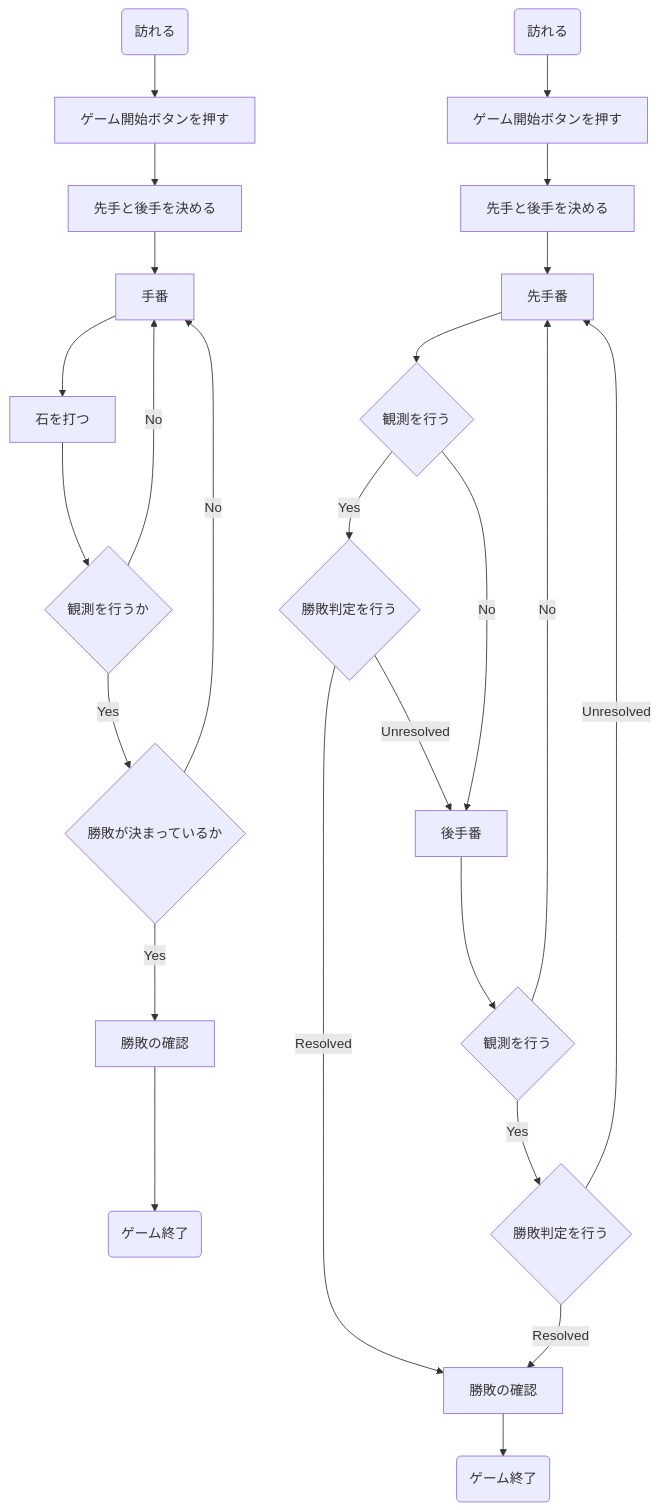
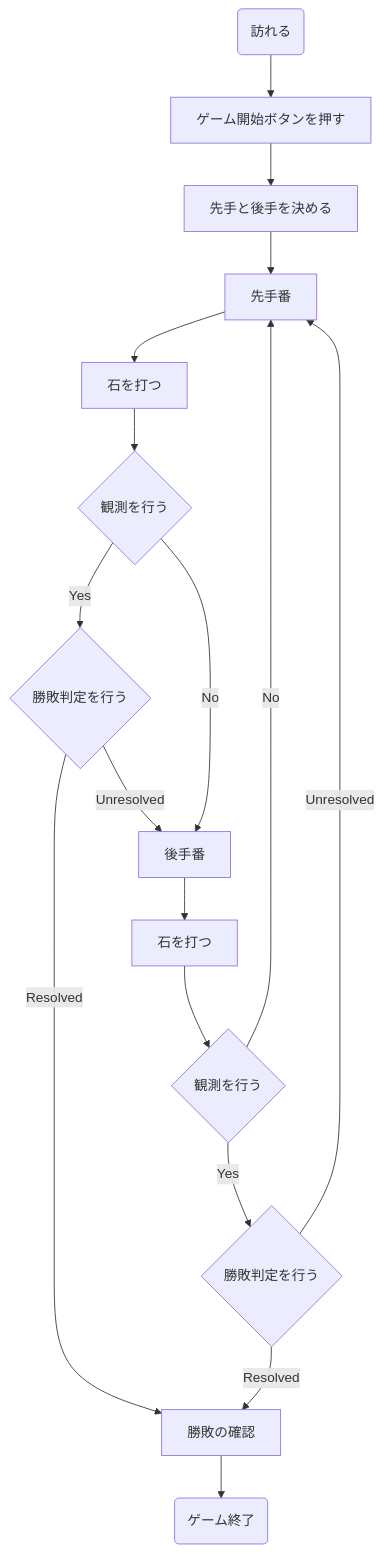
Before and after one commit to TUS-OSK/quantum-gomoku: the diagram in docs/01.Frontend/01.UserExperience/README.md, drawn with Mermaid.

Commit message:
先手と後手わけて石打つところ入れた

````diff
--- a/docs/01.Frontend/01.UserExperience/README.md
+++ b/docs/01.Frontend/01.UserExperience/README.md
@@ -3,37 +3,24 @@
 ```mermaid
 graph TD;
-    A("訪れる")-->B["ゲーム開始ボタンを押す"]
-    B-->C["先手と後手を決める"]
-    C-->Turn
-
-    Turn["手番"]-->Stone["石を打つ"]
-    Stone-->obs{"観測を行うか"}
-    obs-->|Yes| check{"勝敗が決まっているか"}
-    obs-->|No| Turn
-    check-->|Yes| Fin["勝敗の確認"]
-    check-->|No| Turn
-
-    Fin-->End("ゲーム終了")
-
-
-
     AA("訪れる")-->BB["ゲーム開始ボタンを押す"]
     BB-->CC["先手と後手を決める"]
     CC-->SENTE
     SENTE["先手番"]
     GOTE["後手番"]
-    SENTE-->S_obs{"観測を行う"}
+    SENTE-->S_stone["石を打つ"]
+    S_stone-->S_obs{"観測を行う"}
     S_obs-->|Yes| S_check{"勝敗判定を行う"}
     S_check-->|Resolved| FinFin["勝敗の確認"]
     S_check-->|Unresolved| GOTE
     S_obs-->|No| GOTE
 
-    GOTE-->G_obs{"観測を行う"}
+    GOTE-->G_stone["石を打つ"]
+    G_stone-->G_obs{"観測を行う"}
     G_obs-->|Yes| G_check{"勝敗判定を行う"}
     G_obs-->|No| SENTE
     G_check-->|Resolved| FinFin["勝敗の確認"]
     G_check-->|Unresolved| SENTE
 
     FinFin-->EndEnd("ゲーム終了")
 
 ```
````
